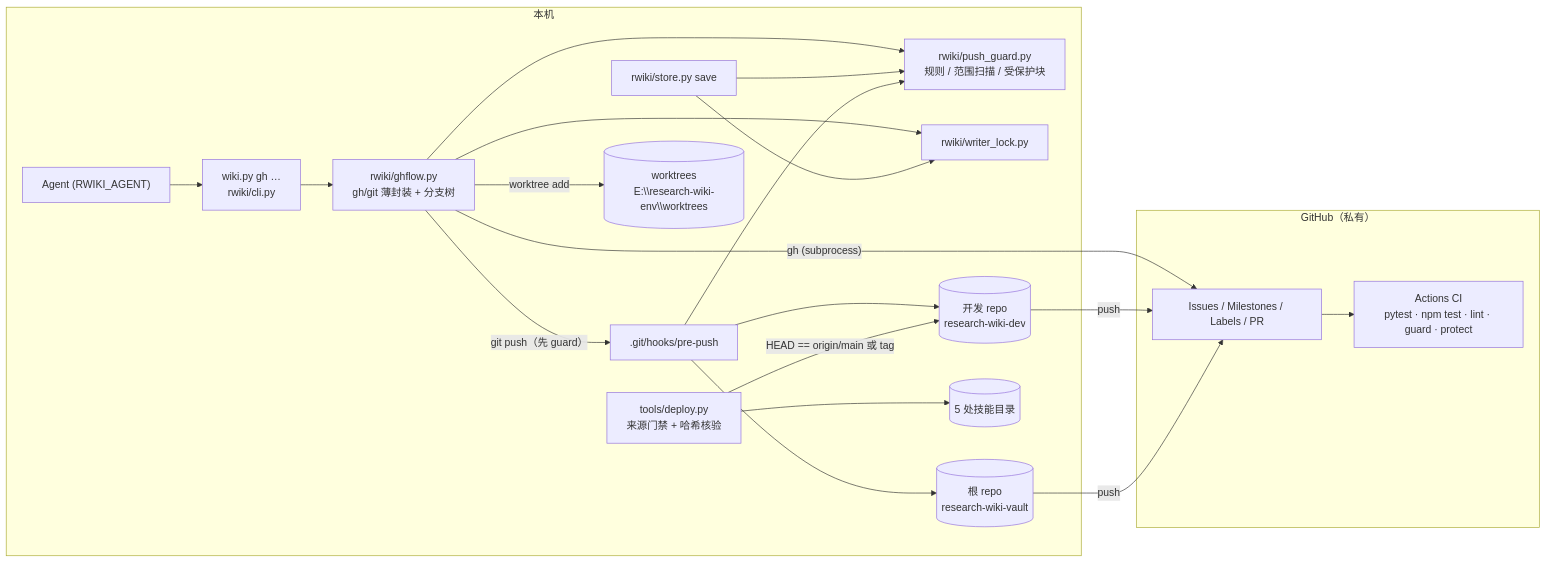
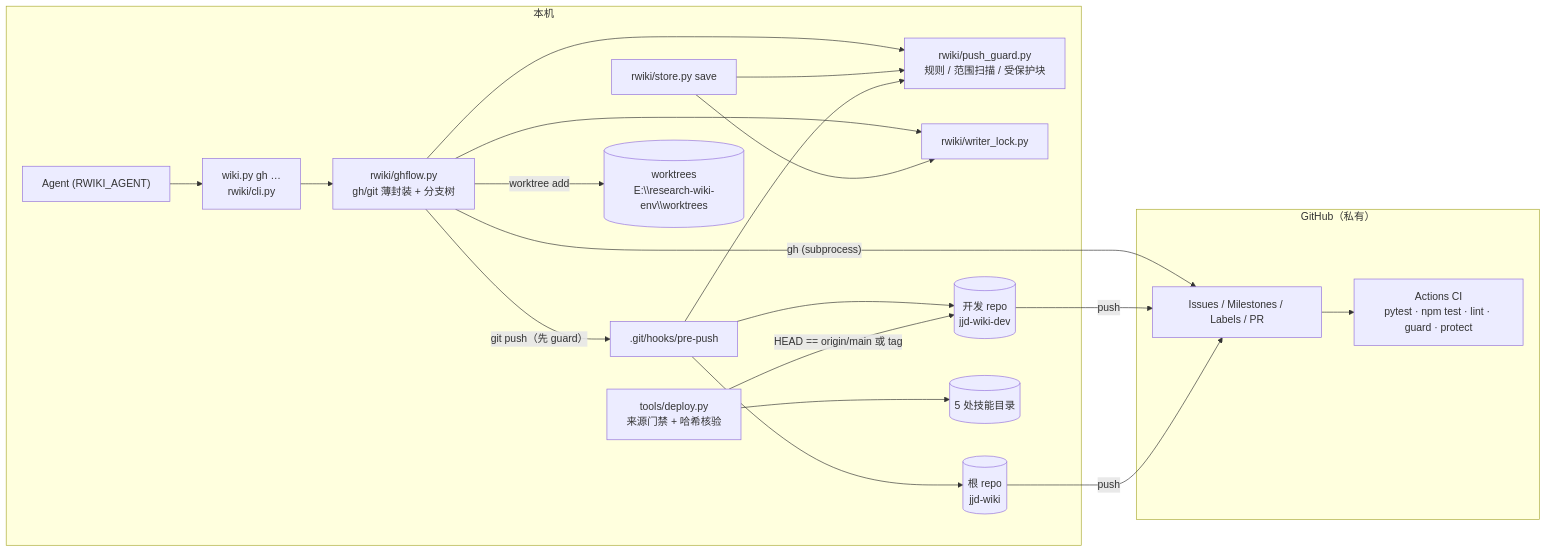
One commit to yubinfengjjd/jjd-wiki changed the first of 2 diagrams in 文档/github-structured-workflow/design.md. Above: the diagram before and after it, drawn with Mermaid. The commit also changed other lines of this file and 5 other files, not shown here.

First line of the commit message:
docs: 仓库改名为 jjd-wiki / jjd-wiki-dev，补远程地址与 gh 2.103 deploy-key 说明

````diff
--- a/文档/github-structured-workflow/design.md
+++ b/文档/github-structured-workflow/design.md
@@ -46,35 +46,35 @@
 ```mermaid
 flowchart LR
     subgraph Local["本机"]
         Agent["Agent (RWIKI_AGENT)"]
         CLI["wiki.py gh …<br/>rwiki/cli.py"]
         GF["rwiki/ghflow.py<br/>gh/git 薄封装 + 分支树"]
         PG["rwiki/push_guard.py<br/>规则 / 范围扫描 / 受保护块"]
         WL["rwiki/writer_lock.py"]
         ST["rwiki/store.py save"]
         HK[".git/hooks/pre-push"]
         DP["tools/deploy.py<br/>来源门禁 + 哈希核验"]
-        DEV[("开发 repo<br/>research-wiki-dev")]
-        VAULT[("根 repo<br/>research-wiki-vault")]
+        DEV[("开发 repo<br/>jjd-wiki-dev")]
+        VAULT[("根 repo<br/>jjd-wiki")]
         WT[("worktrees<br/>E:\\research-wiki-env\\worktrees")]
         HOSTS[("5 处技能目录")]
     end
     subgraph GitHub["GitHub（私有）"]
         GH["Issues / Milestones / Labels / PR"]
         CI["Actions CI<br/>pytest · npm test · lint · guard · protect"]
     end
     Agent --> CLI --> GF
     GF --> PG
     GF --> WL
     ST --> WL
     ST --> PG
     GF -- "gh (subprocess)" --> GH
     GF -- "git push（先 guard）" --> HK --> PG
     HK --> DEV & VAULT
     DEV -- push --> GH
     VAULT -- push --> GH
     GH --> CI
     GF -- "worktree add" --> WT
     DP -- "HEAD == origin/main 或 tag" --> DEV
     DP --> HOSTS
 ```
````
